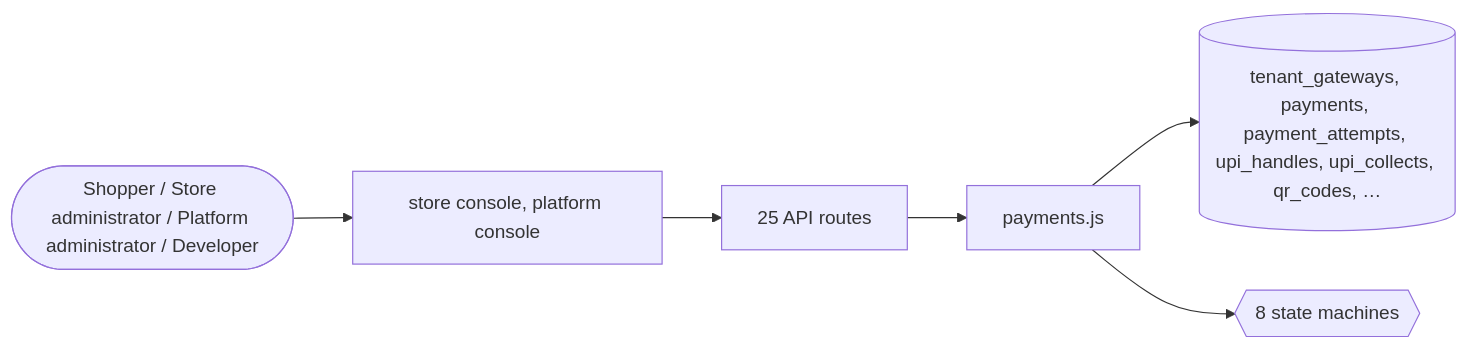
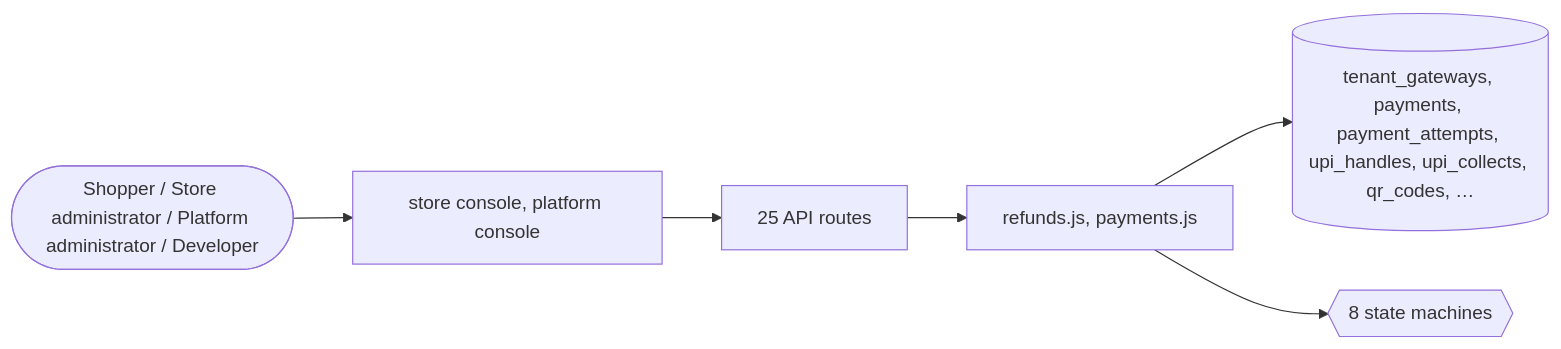
The ninth of 9 diagrams in docs/domains/payments.md (echelonxventures-Projects/universal-product), drawn with Mermaid before and after one commit. The commit also changed other lines of this file and 22 other files, not shown here.

````diff
--- a/docs/domains/payments.md
+++ b/docs/domains/payments.md
@@ -364,8 +383,8 @@
 ```mermaid
 flowchart LR
   U([Shopper / Store administrator / Platform administrator / Developer]) --> UI[store console, platform console]
   UI --> API[25 API routes]
-  API --> ENG[payments.js]
+  API --> ENG[refunds.js, payments.js]
   ENG --> DB[(tenant_gateways, payments, payment_attempts, upi_handles, upi_collects, qr_codes, …)]
   ENG --> SM{{8 state machines}}
 ```
````
